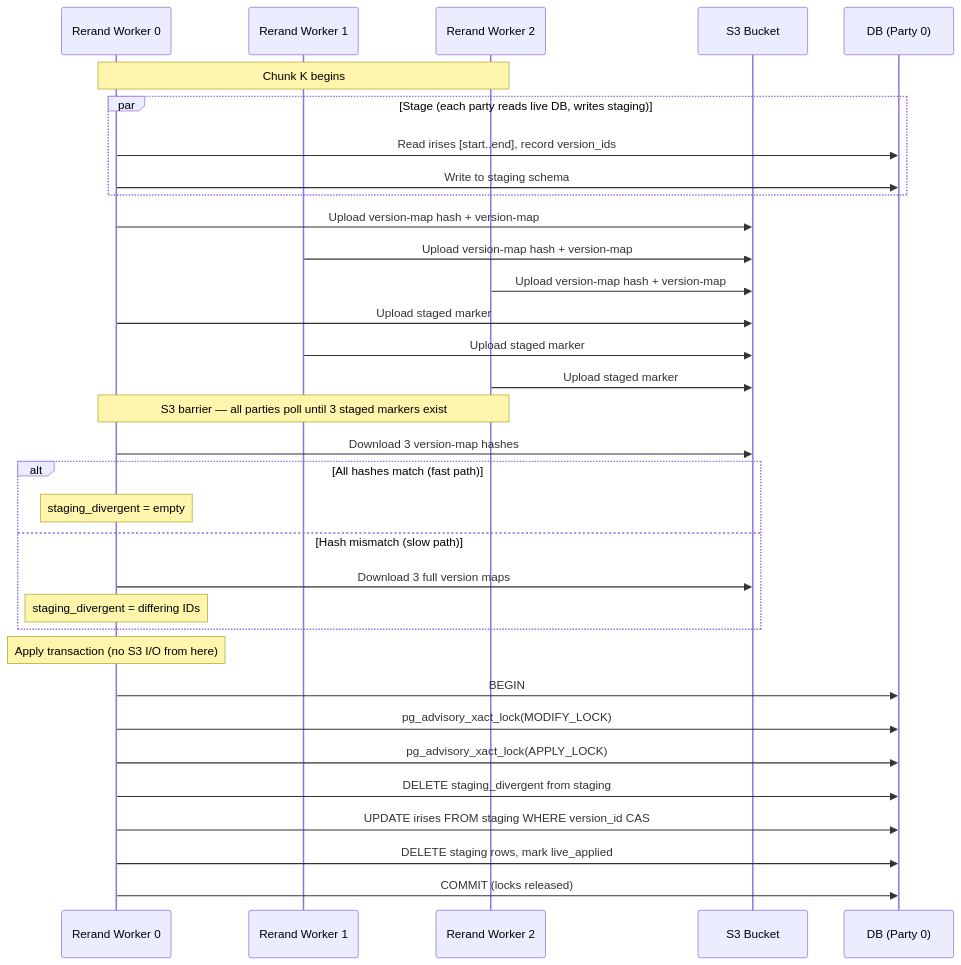
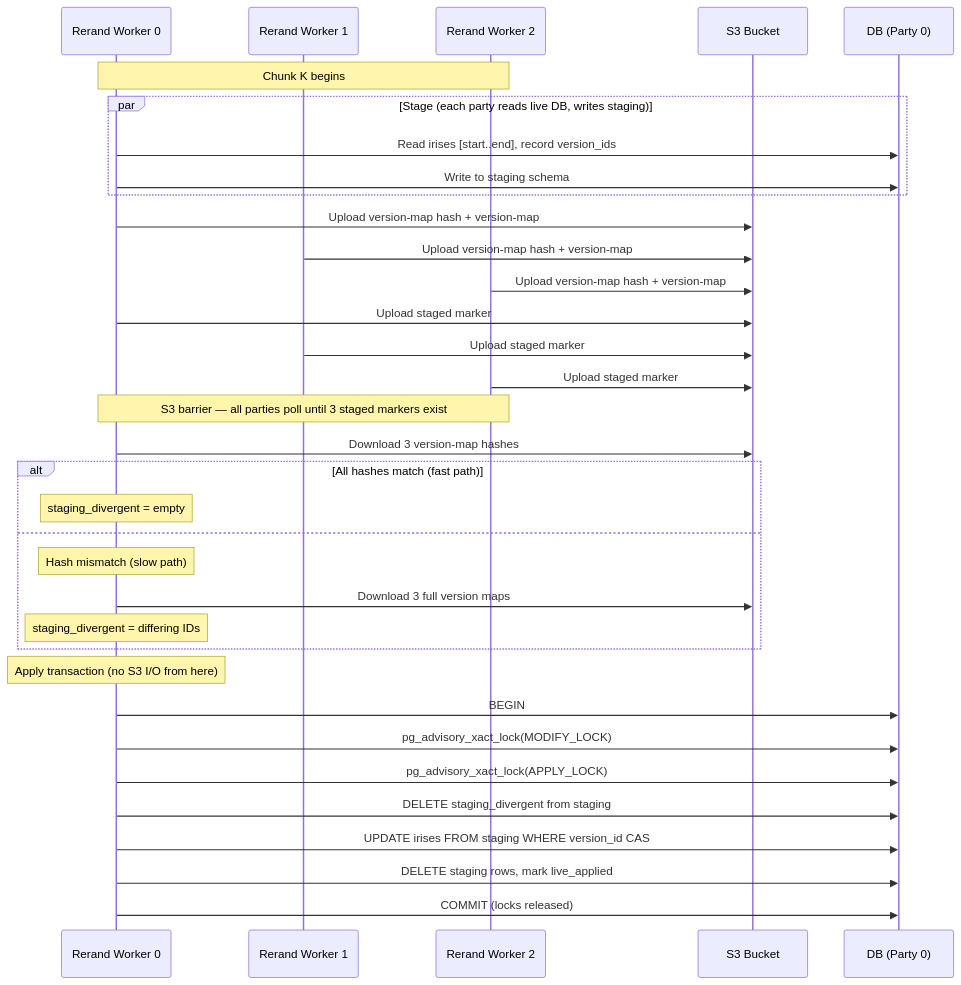
One commit to worldcoin/iris-mpc changed the first of 6 diagrams in docs/specs/rerandomization.md. Above: the diagram before and after it, drawn with Mermaid. The commit also changed other lines of this file, not shown here.

````diff
--- a/docs/specs/rerandomization.md
+++ b/docs/specs/rerandomization.md
@@ -316,43 +316,44 @@
 ```mermaid
 sequenceDiagram
     participant P0 as Rerand Worker 0
     participant P1 as Rerand Worker 1
     participant P2 as Rerand Worker 2
     participant S3 as S3 Bucket
     participant DB0 as DB (Party 0)
 
     Note over P0,P2: Chunk K begins
 
     par Stage (each party reads live DB, writes staging)
         P0->>DB0: Read irises [start..end], record version_ids
         P0->>DB0: Write to staging schema
     end
 
     P0->>S3: Upload version-map hash + version-map
     P1->>S3: Upload version-map hash + version-map
     P2->>S3: Upload version-map hash + version-map
 
     P0->>S3: Upload staged marker
     P1->>S3: Upload staged marker
     P2->>S3: Upload staged marker
 
     Note over P0,P2: S3 barrier — all parties poll until 3 staged markers exist
 
     P0->>S3: Download 3 version-map hashes
     alt All hashes match (fast path)
         Note over P0: staging_divergent = empty
-    else Hash mismatch (slow path)
+    else
+        Note over P0: Hash mismatch (slow path)
         P0->>S3: Download 3 full version maps
         Note over P0: staging_divergent = differing IDs
     end
 
     Note over P0: Apply transaction (no S3 I/O from here)
 
     P0->>DB0: BEGIN
     P0->>DB0: pg_advisory_xact_lock(MODIFY_LOCK)
     P0->>DB0: pg_advisory_xact_lock(APPLY_LOCK)
     P0->>DB0: DELETE staging_divergent from staging
     P0->>DB0: UPDATE irises FROM staging WHERE version_id CAS
     P0->>DB0: DELETE staging rows, mark live_applied
     P0->>DB0: COMMIT (locks released)
 ```
````
